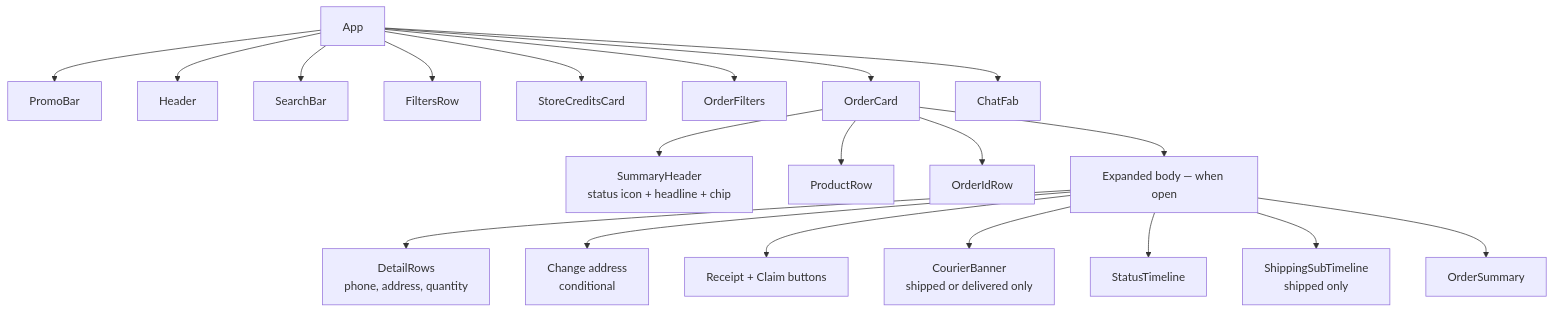
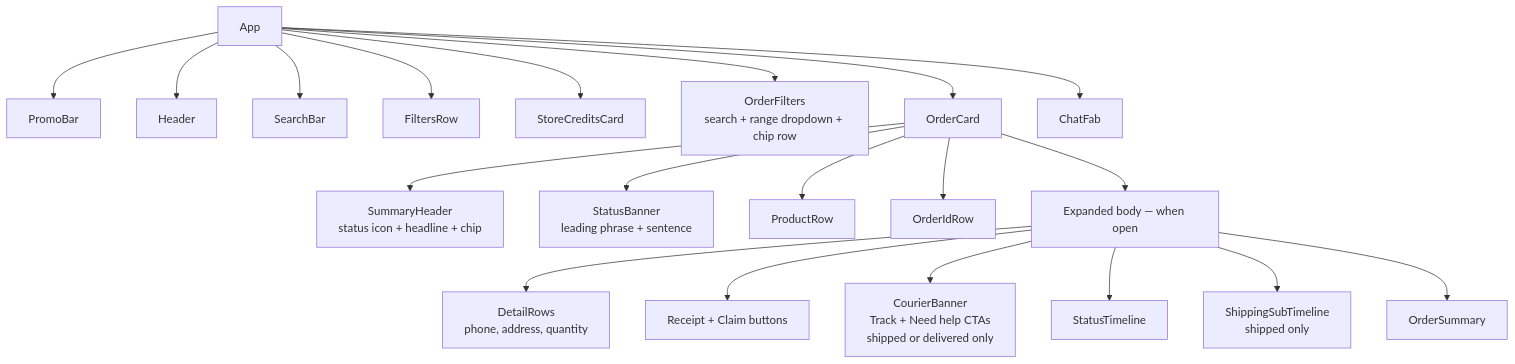
Before and after one commit to andrea-revibe/my-account-redesign: the fourth of 4 diagrams in order-redesign/docs/my-account-flow.md, drawn with Mermaid. The commit also changed other lines of this file and 8 other files, not shown here.

````diff
--- a/order-redesign/docs/my-account-flow.md
+++ b/order-redesign/docs/my-account-flow.md
@@ -269,22 +290,22 @@
 ```mermaid
 graph TD
     App --> PromoBar
     App --> Header
     App --> SearchBar
     App --> FiltersRow
     App --> StoreCreditsCard
-    App --> OrderFilters
+    App --> OrderFilters[OrderFilters<br/>search + range dropdown + chip row]
     App --> OrderCard
     App --> ChatFab
     OrderCard --> SummaryHeader[SummaryHeader<br/>status icon + headline + chip]
+    OrderCard --> StatusBanner[StatusBanner<br/>leading phrase + sentence]
     OrderCard --> ProductRow
     OrderCard --> OrderIdRow
     OrderCard --> Body[Expanded body — when open]
     Body --> DetailRows[DetailRows<br/>phone, address, quantity]
-    Body --> ChangeAddress[Change address<br/>conditional]
     Body --> Actions[Receipt + Claim buttons]
-    Body --> CourierBanner[CourierBanner<br/>shipped or delivered only]
+    Body --> CourierBanner[CourierBanner<br/>Track + Need help CTAs<br/>shipped or delivered only]
     Body --> StatusTimeline
     Body --> ShippingSubTimeline[ShippingSubTimeline<br/>shipped only]
     Body --> OrderSummary
 ```
````
